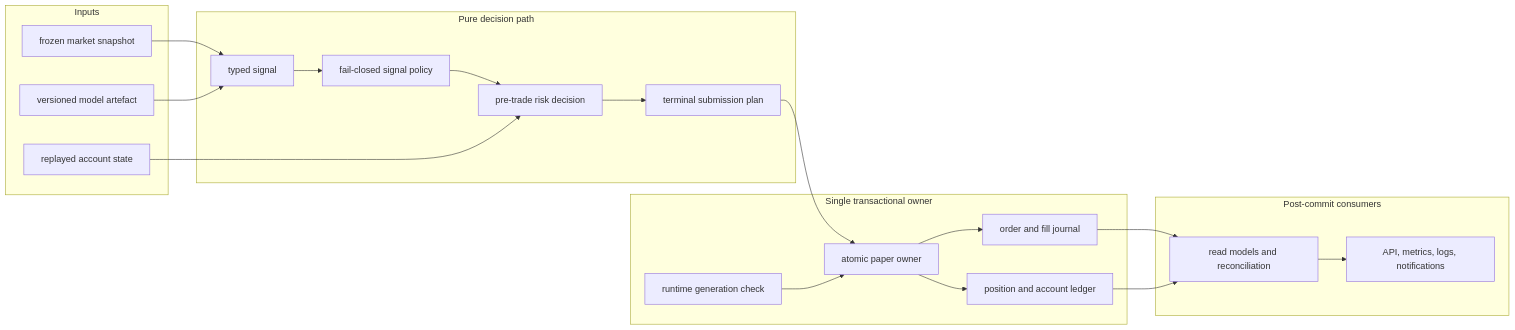
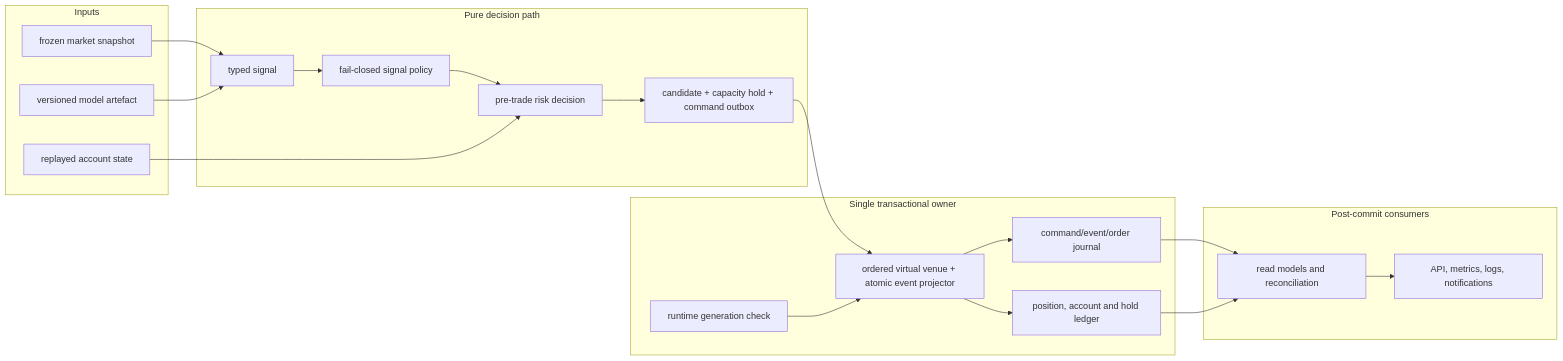
The first of 3 diagrams in docs/V2_ARCHITECTURE.md (cluster2600/ELVIS), drawn with Mermaid before and after one commit. The commit also changed other lines of this file and 26 other files, not shown here.

````diff
--- a/docs/V2_ARCHITECTURE.md
+++ b/docs/V2_ARCHITECTURE.md
@@ -45,39 +49,39 @@
 ```mermaid
 flowchart LR
     subgraph Inputs
       MARKET["frozen market snapshot"]
       MODEL["versioned model artefact"]
       ACCOUNT["replayed account state"]
     end
 
     subgraph "Pure decision path"
       SIGNAL["typed signal"]
       POLICY["fail-closed signal policy"]
       RISK["pre-trade risk decision"]
-      PLAN["terminal submission plan"]
+      PLAN["candidate + capacity hold + command outbox"]
     end
 
     subgraph "Single transactional owner"
       FENCE["runtime generation check"]
-      OWNER["atomic paper owner"]
-      JOURNAL["order and fill journal"]
-      LEDGER["position and account ledger"]
+      OWNER["ordered virtual venue + atomic event projector"]
+      JOURNAL["command/event/order journal"]
+      LEDGER["position, account and hold ledger"]
     end
 
     subgraph "Post-commit consumers"
       READ["read models and reconciliation"]
       OBS["API, metrics, logs, notifications"]
     end
 
     MARKET --> SIGNAL
     MODEL --> SIGNAL
     SIGNAL --> POLICY --> RISK --> PLAN
     ACCOUNT --> RISK
     PLAN --> OWNER
     FENCE --> OWNER
     OWNER --> JOURNAL
     OWNER --> LEDGER
     JOURNAL --> READ
     LEDGER --> READ
     READ --> OBS
 ```
````
